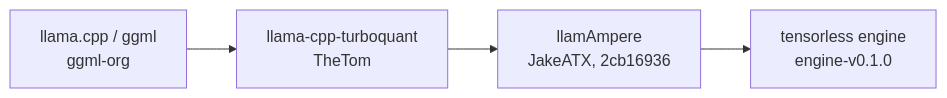
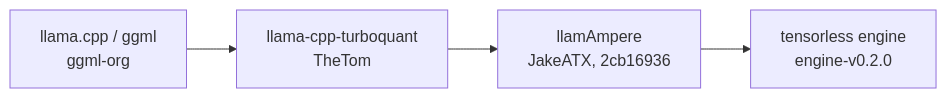
One commit to iammrduncan/tensorless changed the diagram in site/src/content/docs/docs/explanation/the-engine.md. Above: the diagram before and after it, drawn with Mermaid. The commit also changed other lines of this file and 5 other files, not shown here.

````diff
--- a/site/src/content/docs/docs/explanation/the-engine.md
+++ b/site/src/content/docs/docs/explanation/the-engine.md
@@ -13,6 +13,6 @@
 ```mermaid
 flowchart LR
     A["llama.cpp / ggml<br/>ggml-org"] --> B["llama-cpp-turboquant<br/>TheTom"]
     B --> C["llamAmpere<br/>JakeATX, 2cb16936"]
-    C --> D["tensorless engine<br/>engine-v0.1.0"]
+    C --> D["tensorless engine<br/>engine-v0.2.0"]
 ```
````
